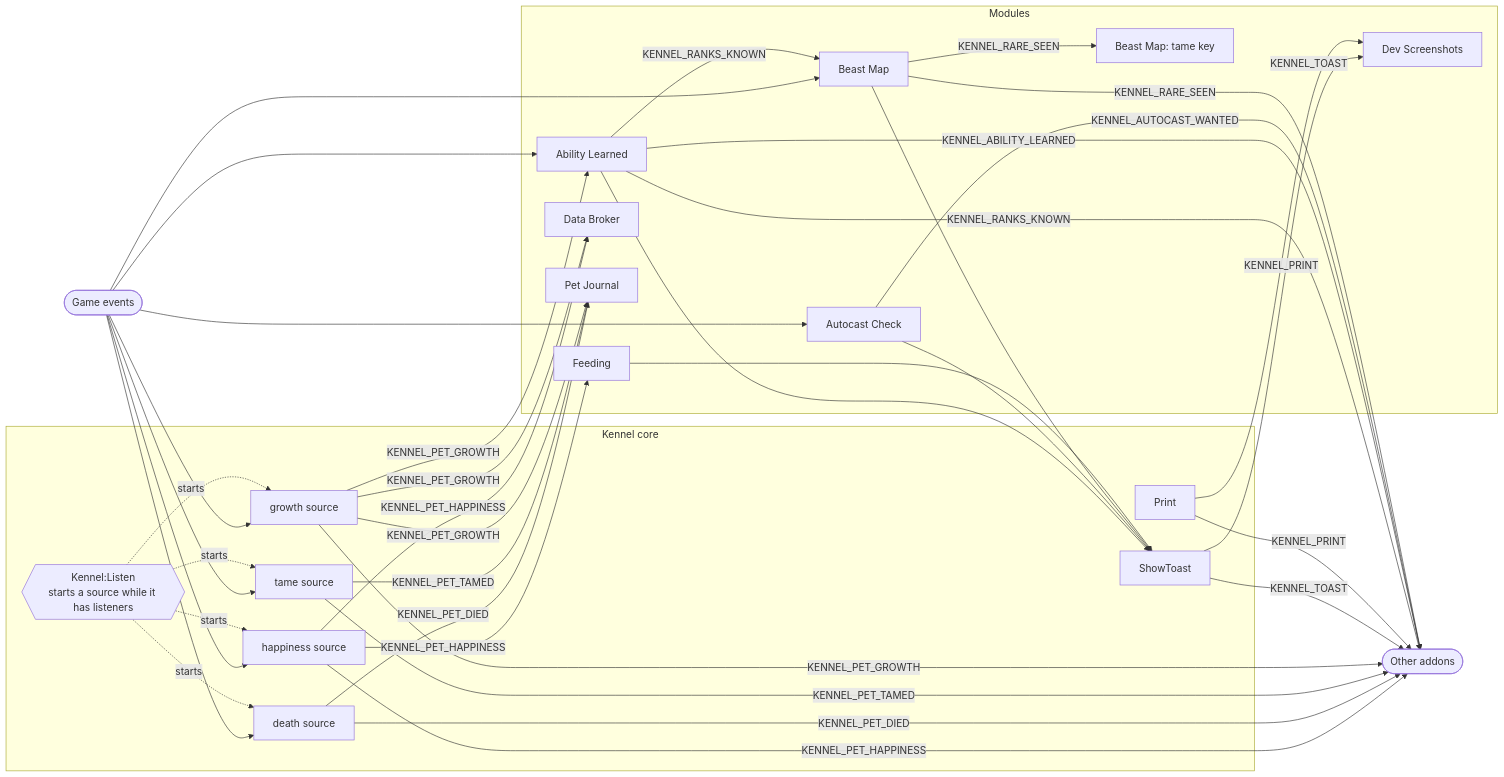
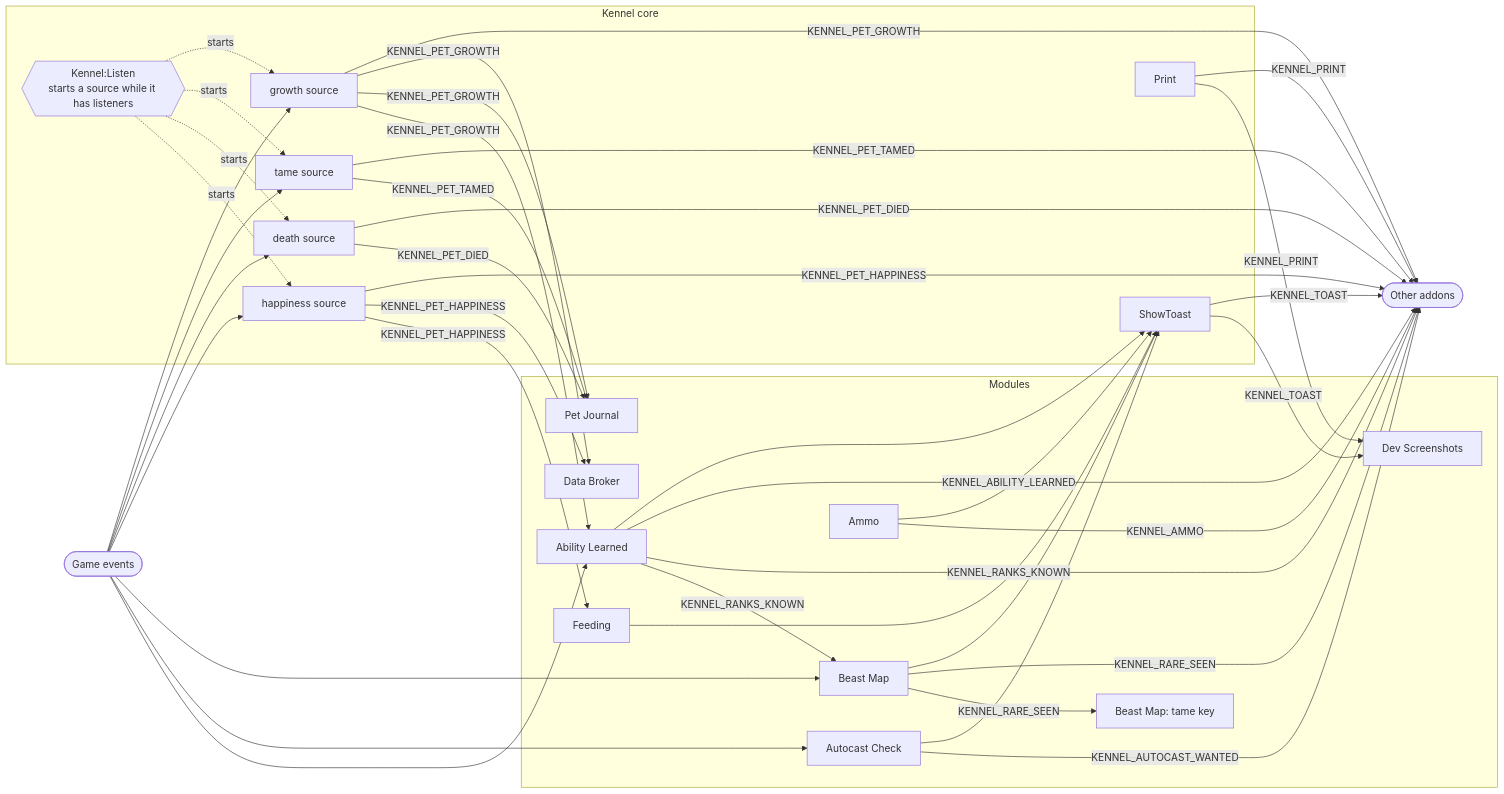
Before and after one commit to Langmans/Beastkeeper: the diagram in docs/04-hooking.md, drawn with Mermaid. The commit also changed other lines of this file and 15 other files, not shown here.

````diff
--- a/docs/04-hooking.md
+++ b/docs/04-hooking.md
@@ -38,45 +38,47 @@
 ```mermaid
 flowchart LR
     game([Game events])
 
     subgraph core[Kennel core]
         listen{{"Kennel:Listen<br/>starts a source while it has listeners"}}
         happy[happiness source]
         died[death source]
         tamed[tame source]
         growth[growth source]
         toast[ShowToast]
         print[Print]
     end
 
     subgraph modules[Modules]
         al[Ability Learned]
         ac[Autocast Check]
         bm[Beast Map]
         fd[Feeding]
         br[Data Broker]
         pj[Pet Journal]
         tk[Beast Map: tame key]
         dev[Dev Screenshots]
+        am[Ammo]
     end
 
     other([Other addons])
 
     game --> happy & died & tamed & growth
     game --> al & ac & bm
     listen -. starts .-> happy & died & tamed & growth
 
     happy -- KENNEL_PET_HAPPINESS --> fd & br & other
     died -- KENNEL_PET_DIED --> pj & other
     tamed -- KENNEL_PET_TAMED --> pj & other
     growth -- KENNEL_PET_GROWTH --> al & pj & br & other
 
     al -- KENNEL_RANKS_KNOWN --> bm & other
     al -- KENNEL_ABILITY_LEARNED --> other
     ac -- KENNEL_AUTOCAST_WANTED --> other
     bm -- KENNEL_RARE_SEEN --> tk & other
+    am -- KENNEL_AMMO --> other
 
-    al & ac & bm & fd --> toast
+    al & ac & bm & fd & am --> toast
     toast -- KENNEL_TOAST --> dev & other
     print -- KENNEL_PRINT --> dev & other
 ```
````
